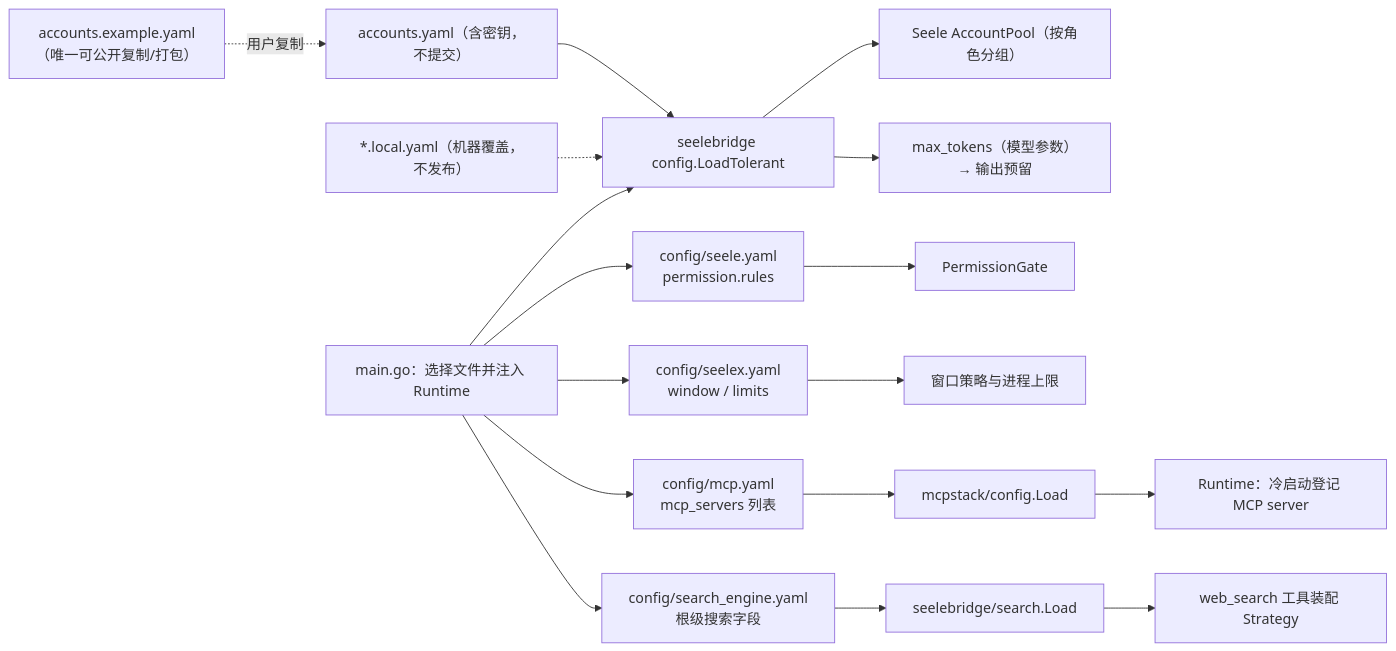
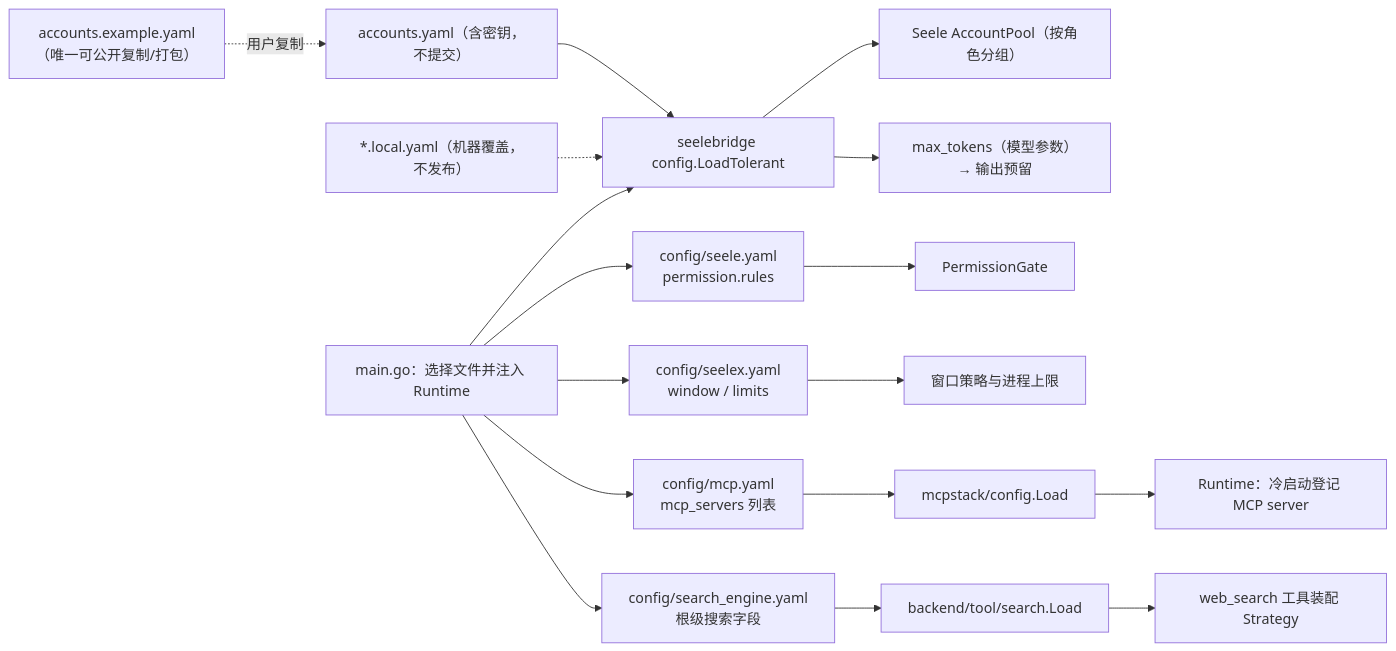
One commit to RedHuang-0622/seelex changed the diagram in config/README.md. Above: the diagram before and after it, drawn with Mermaid. The commit also changed other lines of this file and 23 other files, not shown here.

First line of the commit message:
refactor(arch): M4-D websearch 能力两包归位 backend/tool/{search,websearch}

````diff
--- a/config/README.md
+++ b/config/README.md
@@ -31,19 +31,19 @@
 ```mermaid
 flowchart LR
     TPL["accounts.example.yaml<br/>（唯一可公开复制/打包）"] -.->|用户复制| LOCAL["accounts.yaml（含密钥，不提交）"]
     LOCAL --> LOAD["seelebridge config.LoadTolerant"]
     LOCALOVR["*.local.yaml（机器覆盖，不发布）"] -.-> LOAD
     LOAD --> POOL["Seele AccountPool（按角色分组）"]
     LOAD --> BUDGET["max_tokens（模型参数）→ 输出预留"]
     SEELE["config/seele.yaml<br/>permission.rules"] --> GATE["PermissionGate"]
     SEELEX["config/seelex.yaml<br/>window / limits"] --> WIN["窗口策略与进程上限"]
     ROOT["main.go：选择文件并注入 Runtime"] --> LOAD
     ROOT --> SEELE
     ROOT --> SEELEX
     MCP["config/mcp.yaml<br/>mcp_servers 列表"] --> MCPLOAD["mcpstack/config.Load"]
     MCPLOAD --> LAZY["Runtime：冷启动登记 MCP server"]
-    SEARCH["config/search_engine.yaml<br/>根级搜索字段"] --> SEARCHLOAD["seelebridge/search.Load"]
+    SEARCH["config/search_engine.yaml<br/>根级搜索字段"] --> SEARCHLOAD["backend/tool/search.Load"]
     SEARCHLOAD --> WEBSEARCH["web_search 工具装配 Strategy"]
     ROOT --> MCP
     ROOT --> SEARCH
 ```
````
